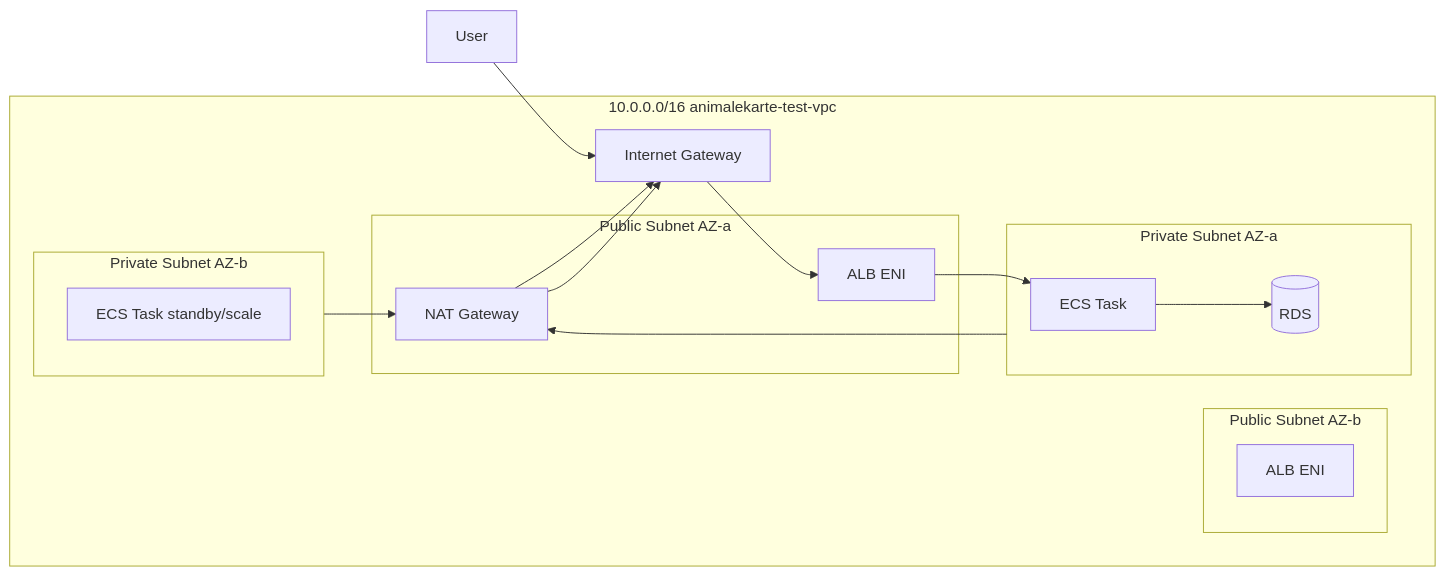
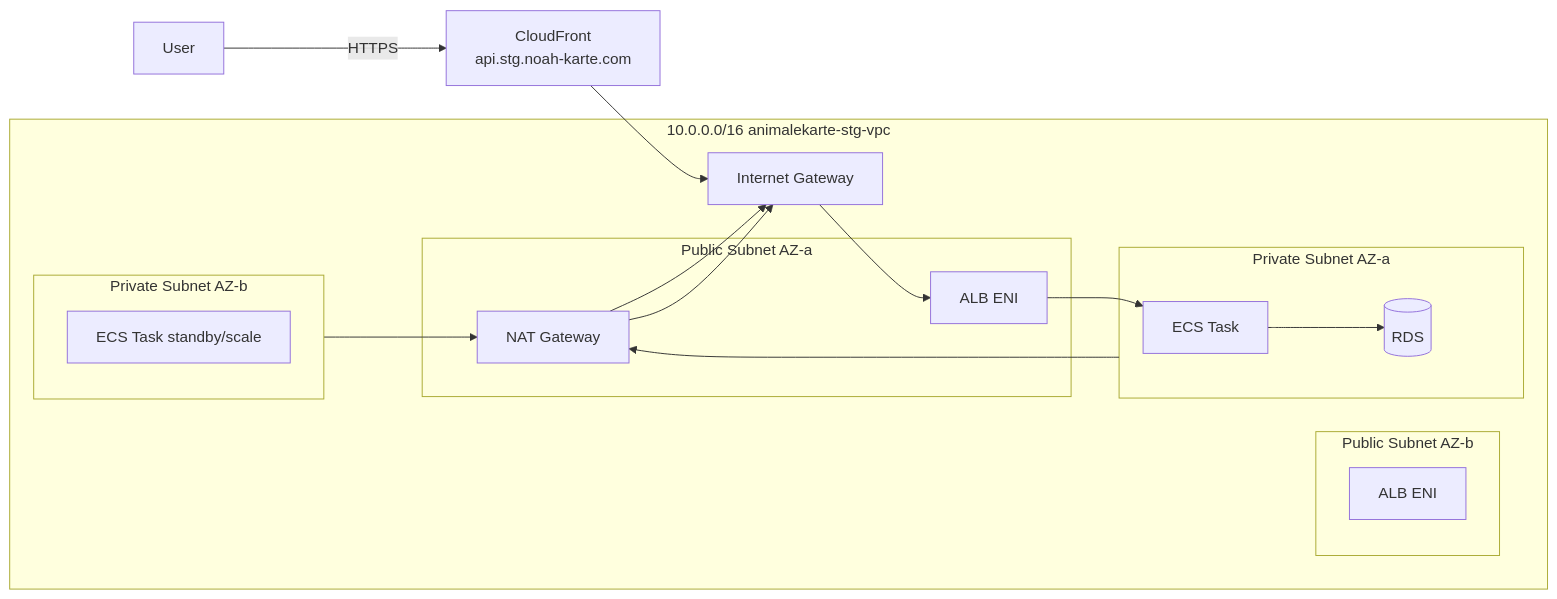
One commit to MinoruSoga/AnimalEkarte changed the second of 2 diagrams in docs/infra/docs_infra_architecture.md. Above: the diagram before and after it, drawn with Mermaid. The commit also changed other lines of this file, not shown here.

````diff
--- a/docs/infra/docs_infra_architecture.md
+++ b/docs/infra/docs_infra_architecture.md
@@ -164,26 +175,27 @@
 ```mermaid
 flowchart LR
-  subgraph VPC[10.0.0.0/16  animalekarte-test-vpc]
+  subgraph VPC[10.0.0.0/16  animalekarte-stg-vpc]
     subgraph PublicAZA[Public Subnet AZ-a]
       ALB1[ALB ENI]
       NAT[NAT Gateway]
     end
     subgraph PublicAZB[Public Subnet AZ-b]
       ALB2[ALB ENI]
     end
     subgraph PrivateAZA[Private Subnet AZ-a]
       ECS1[ECS Task]
       RDS1[(RDS)]
     end
     subgraph PrivateAZB[Private Subnet AZ-b]
       ECS2[ECS Task standby/scale]
     end
     IGW[Internet Gateway]
   end
 
-  User --> IGW --> ALB1
+  User -->|HTTPS| CF[CloudFront\napi.stg.noah-karte.com]
+  CF --> IGW --> ALB1
   ALB1 --> ECS1
   ECS1 --> RDS1
   PrivateAZA --> NAT --> IGW
   PrivateAZB --> NAT --> IGW
 ```
````
